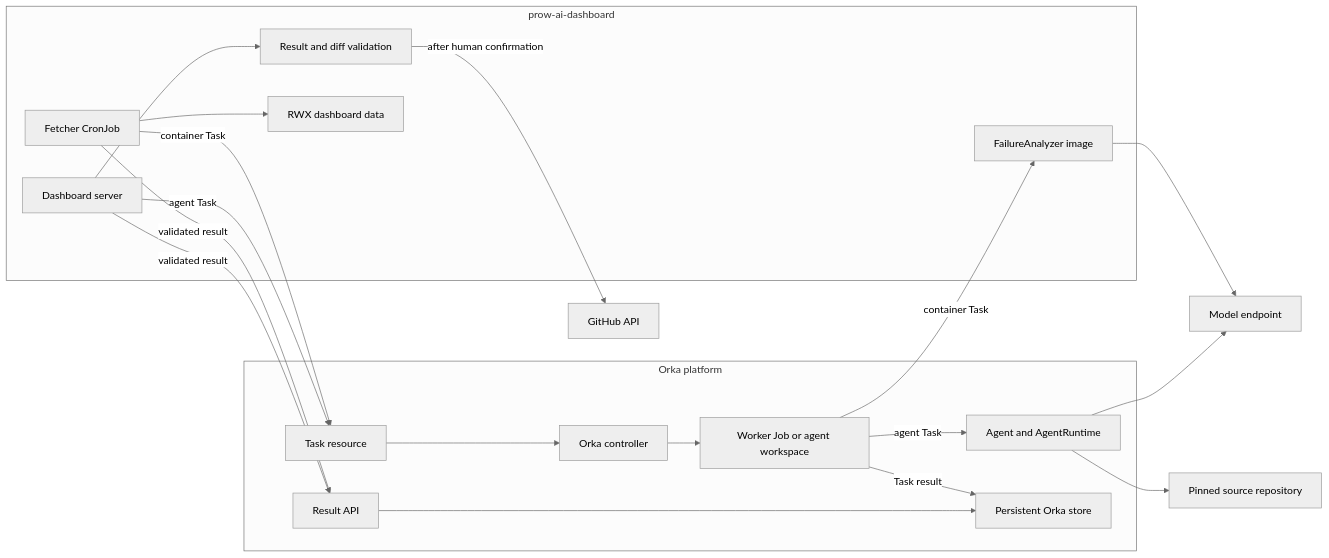
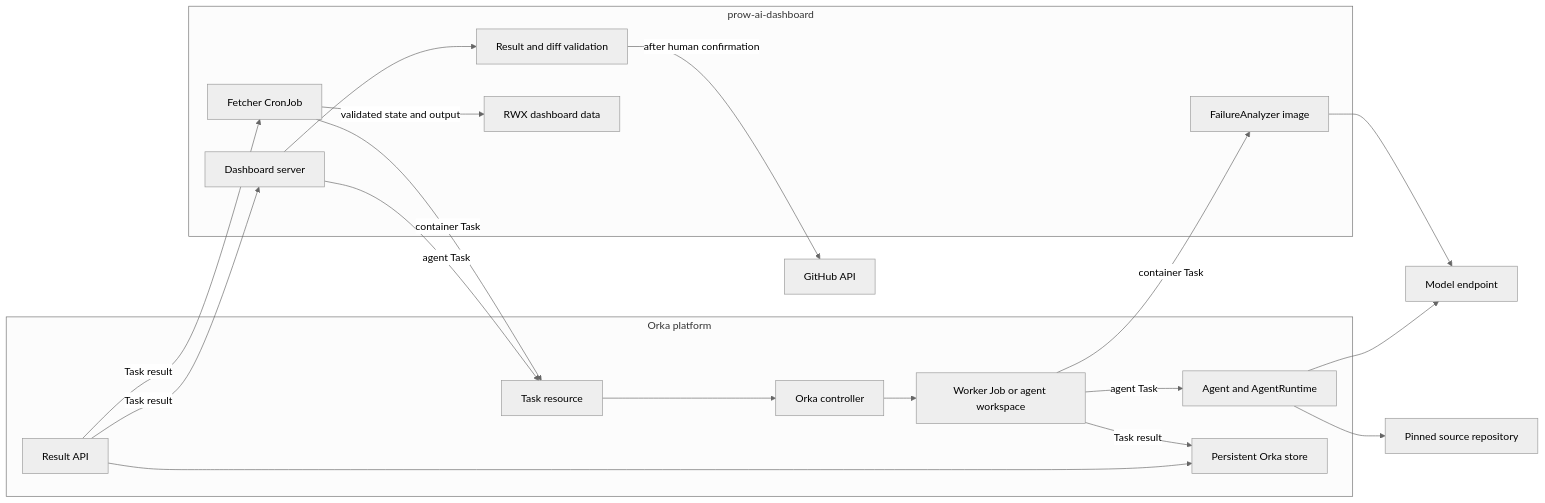
Before and after one commit to willie-yao/aster: the diagram in docs/orka-architecture.md, drawn with Mermaid (neutral theme). The commit also changed other lines of this file, not shown here.

Commit message:
docs: correct Orka architecture boundaries

````diff
--- a/docs/orka-architecture.md
+++ b/docs/orka-architecture.md
@@ -25,40 +25,40 @@
 ```mermaid
 flowchart LR
     subgraph Dashboard["prow-ai-dashboard"]
         Fetcher["Fetcher CronJob"]
         Server["Dashboard server"]
         Analyzer["FailureAnalyzer image"]
         Validator["Result and diff validation"]
         Data["RWX dashboard data"]
     end
 
     subgraph Orka["Orka platform"]
         Task["Task resource"]
         Controller["Orka controller"]
         Worker["Worker Job or agent workspace"]
         Agent["Agent and AgentRuntime"]
         API["Result API"]
         Store["Persistent Orka store"]
     end
 
     Model["Model endpoint"]
     Source["Pinned source repository"]
     GitHub["GitHub API"]
 
     Fetcher -->|container Task| Task
     Server -->|agent Task| Task
     Task --> Controller
     Controller --> Worker
     Worker -->|container Task| Analyzer
     Worker -->|agent Task| Agent
     Analyzer --> Model
     Agent --> Model
     Agent --> Source
     Worker -->|Task result| Store
     API --> Store
-    Fetcher -->|validated result| API
-    Server -->|validated result| API
-    Fetcher --> Data
+    API -->|Task result| Fetcher
+    API -->|Task result| Server
+    Fetcher -->|validated state and output| Data
     Server --> Validator
     Validator -->|after human confirmation| GitHub
 ```
````
